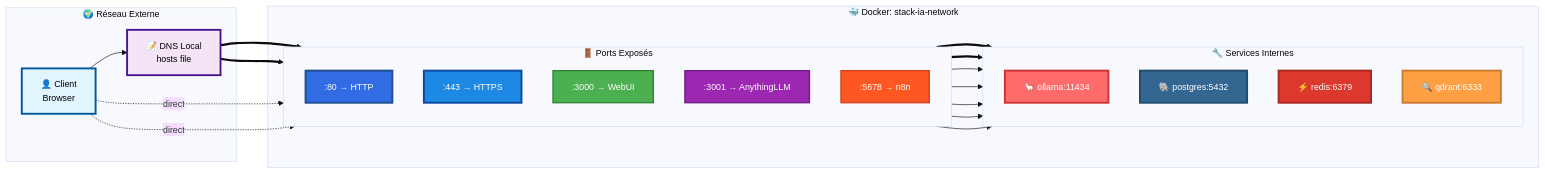
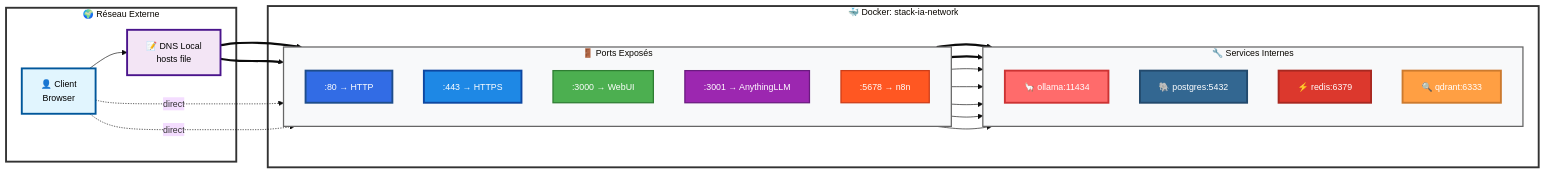
One commit to MPFabio/Stack-IA changed the fifth of 14 diagrams in docs/ARCHITECTURE.md. Above: the diagram before and after it, drawn with Mermaid. The commit also changed other lines of this file, not shown here.

````diff
--- a/docs/ARCHITECTURE.md
+++ b/docs/ARCHITECTURE.md
@@ -313,53 +315,57 @@
 ```mermaid
 %%{init: {'theme':'base', 'themeVariables': { 'fontSize':'14px'}}}%%
 graph LR
     subgraph EXT["🌍 Réseau Externe"]
         CLIENT["👤 Client<br/>Browser"]
         DNS["📝 DNS Local<br/>hosts file"]
     end
     
     subgraph DOCKER["🐳 Docker: stack-ia-network"]
         subgraph PORTS["🚪 Ports Exposés"]
             direction TB
             P80[":80 → HTTP"]
             P443[":443 → HTTPS"]
             P3000[":3000 → WebUI"]
             P3001[":3001 → AnythingLLM"]
             P5678[":5678 → n8n"]
         end
         
         subgraph SERVICES["🔧 Services Internes"]
             direction TB
             OLLAMA["🦙 ollama:11434"]
             POSTGRES["🐘 postgres:5432"]
             REDIS["⚡ redis:6379"]
             QDRANT["🔍 qdrant:6333"]
         end
     end
     
     CLIENT --> DNS
     DNS ==> P80
     DNS ==> P443
     CLIENT -.direct.-> P3000
     CLIENT -.direct.-> P3001
     
     P80 ==> OLLAMA
     P80 ==> QDRANT
     P3000 --> OLLAMA
     P3001 --> OLLAMA
     P3001 --> QDRANT
     P5678 --> POSTGRES
     P5678 --> REDIS
     
     style CLIENT fill:#e1f5fe,stroke:#01579b,stroke-width:3px,color:#000
     style DNS fill:#f3e5f5,stroke:#4a148c,stroke-width:3px,color:#000
     style P80 fill:#326ce5,stroke:#1e4d8b,stroke-width:3px,color:#fff
     style P443 fill:#1e88e5,stroke:#0d47a1,stroke-width:3px,color:#fff
     style P3000 fill:#4CAF50,stroke:#2e7d32,stroke-width:2px,color:#fff
     style P3001 fill:#9C27B0,stroke:#6a1b7f,stroke-width:2px,color:#fff
     style P5678 fill:#FF5722,stroke:#cc3d18,stroke-width:2px,color:#fff
     style OLLAMA fill:#ff6b6b,stroke:#cc3333,stroke-width:3px,color:#fff
     style POSTGRES fill:#336791,stroke:#234a6d,stroke-width:3px,color:#fff
     style REDIS fill:#dc382d,stroke:#a82820,stroke-width:3px,color:#fff
     style QDRANT fill:#ff9f43,stroke:#cc7a2e,stroke-width:3px,color:#fff
+    style EXT fill:#ffffff,stroke:#333,stroke-width:3px
+    style DOCKER fill:#ffffff,stroke:#333,stroke-width:3px
+    style PORTS fill:#f8f9fa,stroke:#666,stroke-width:2px
+    style SERVICES fill:#f8f9fa,stroke:#666,stroke-width:2px
 ```
````
